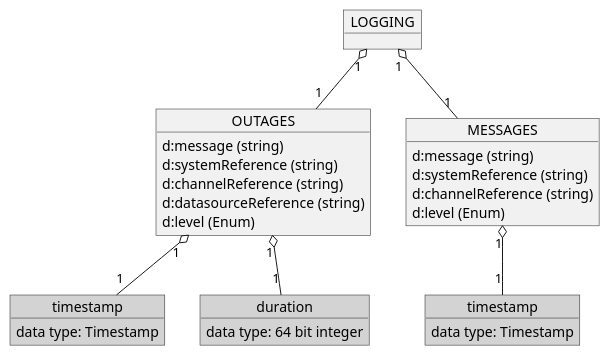
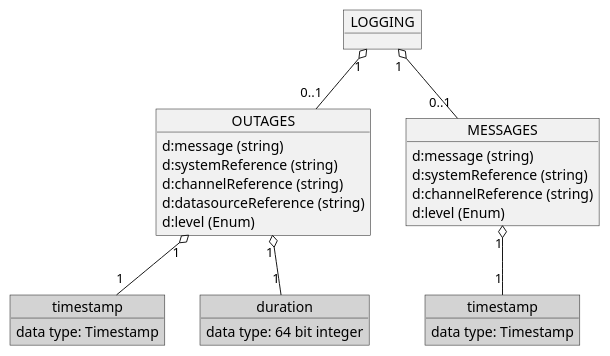
One commit to OpenRailAssociation/rcm-dx changed the tenth of 13 diagrams in images/rcm-dx-images.puml. Above: the diagram before and after it, drawn with PlantUML. The commit also changed other lines of this file and 5 other files, not shown here.

```diff
--- a/images/rcm-dx-images.puml
+++ b/images/rcm-dx-images.puml
@@ -266,33 +322,33 @@
 @startuml rcmdx_logging_group
   object LOGGING
 
   object OUTAGES {
     d:message (string)
     d:systemReference (string)
     d:channelReference (string)
     d:datasourceReference (string)
     d:level (Enum)
   }
-  LOGGING "1" o-- "1" OUTAGES
+  LOGGING "1" o-- "0..1" OUTAGES
   object "timestamp" as out_timestamp #LightGray {
     data type: Timestamp
   }
   object "duration" as out_duration #LightGray {
     data type: 64 bit integer
   }
   OUTAGES "1" o-- "1" out_timestamp
   OUTAGES "1" o-- "1" out_duration
 
   object MESSAGES {
     d:message (string)
     d:systemReference (string)
     d:channelReference (string)
     d:level (Enum)
   }
-  LOGGING "1" o-- "1" MESSAGES
+  LOGGING "1" o-- "0..1" MESSAGES
 
   object "timestamp" as msg_timestamp #LightGray {
     data type: Timestamp
   }
   MESSAGES "1" o-- "1" msg_timestamp
 @enduml
```
